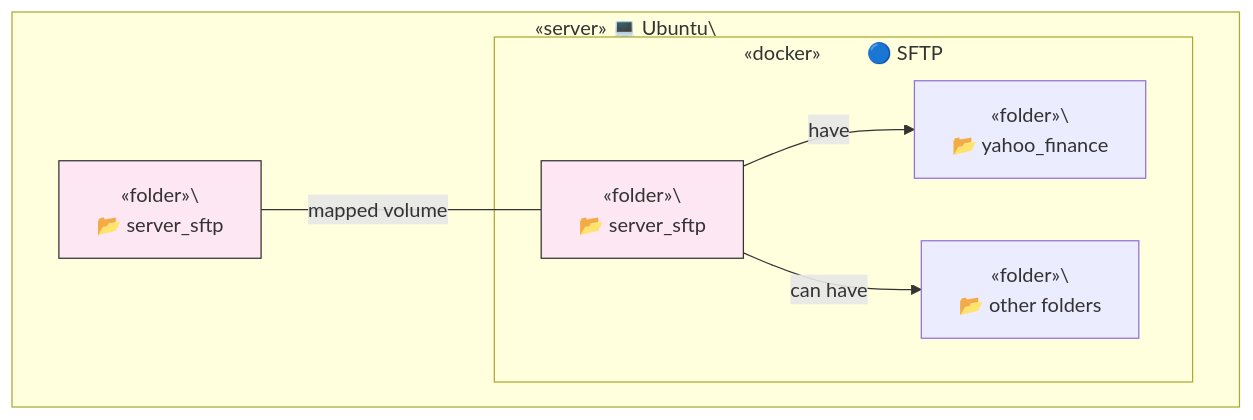
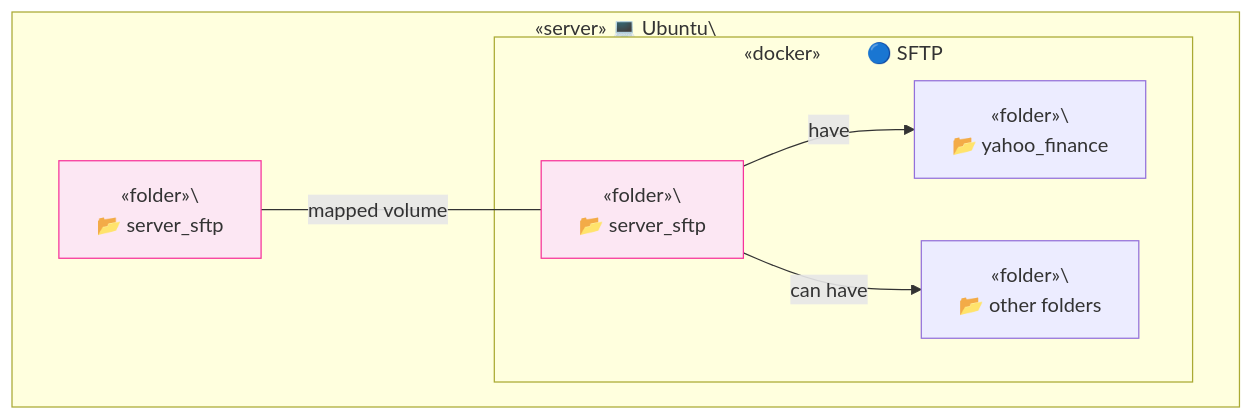
Before and after one commit to TrulyDigital/DATA_STREET: the third of 4 diagrams in server_sftp/README.md, drawn with Mermaid.

Commit message:
update: server_sftp README.md

````diff
--- a/server_sftp/README.md
+++ b/server_sftp/README.md
@@ -30,21 +30,21 @@
 ```mermaid
 graph TD
     subgraph Container_A [«server» 💻 Ubuntu\<br/>]
         A1[«folder»\<br/> 📂 server_sftp]
         A1:::note_a1
         subgraph Container_B [«docker»&nbsp;&nbsp;&nbsp;&nbsp;&nbsp;&nbsp;&nbsp;&nbsp;&nbsp;🔵 SFTP]
             B1[«folder»\<br/> 📂 server_sftp]
             B1:::note_b1
             B2[«folder»\<br/> 📂 yahoo_finance]
             B3[«folder»\<br/> 📂 other folders]
         end
 
         A1 -- mapped volume --- B1
 
         B1 -- have --> B2
         B1 -- can have --> B3
 
-        classDef note_a1 fill:#fce7f3,stroke:#333,stroke-width:1px;
-        classDef note_b1 fill:#fce7f3,stroke:#333,stroke-width:1px;
+        classDef note_a1 fill:#fce7f3,stroke:#f6339a,stroke-width:1px;
+        classDef note_b1 fill:#fce7f3,stroke:#f6339a,stroke-width:1px;
     end
 ```
````
